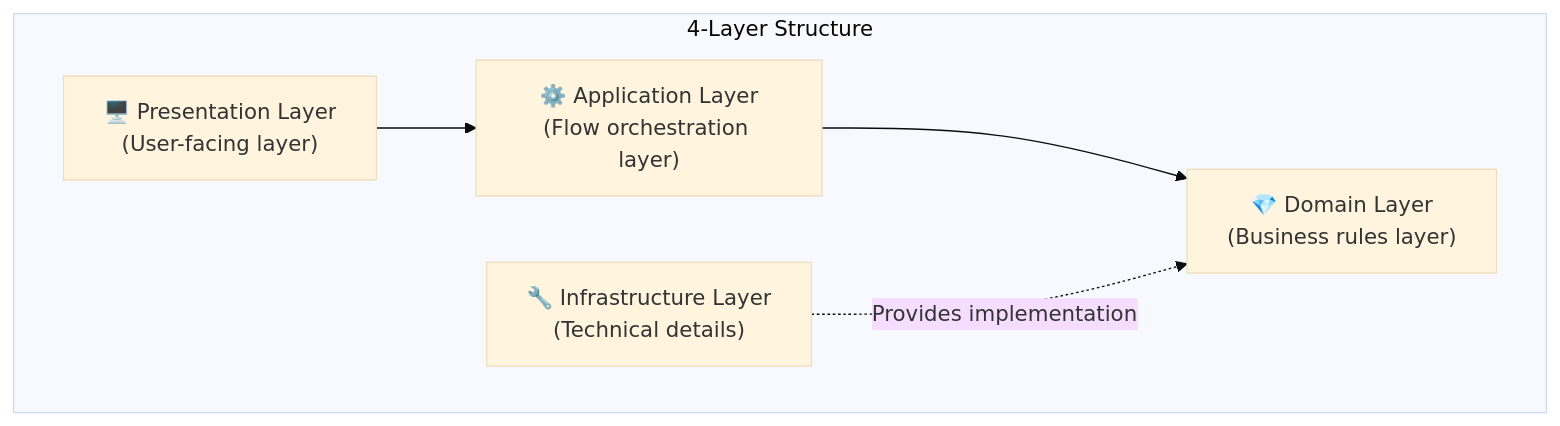
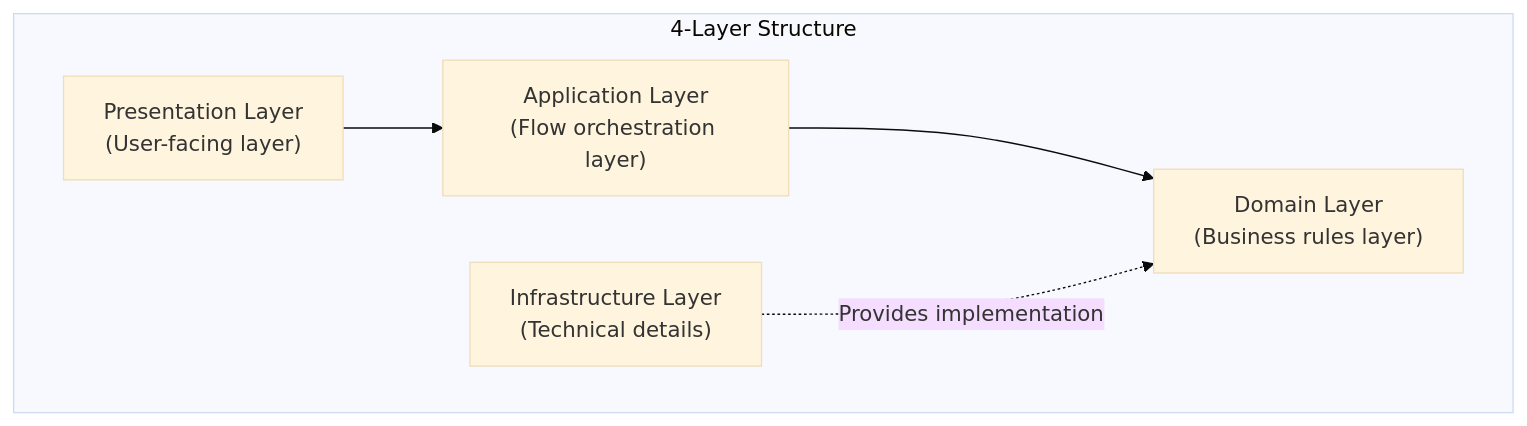
The first of 5 diagrams in content/en/docs/ddd/concepts/layered-architecture.md (advanced-beginner/advanced-beginner.github.io), drawn with Mermaid (base theme) before and after one commit. The commit also changed other lines of this file and 26 other files, not shown here.

````diff
--- a/content/en/docs/ddd/concepts/layered-architecture.md
+++ b/content/en/docs/ddd/concepts/layered-architecture.md
@@ -15,12 +19,12 @@
 ```mermaid
 flowchart TB
     subgraph Layers["4-Layer Structure"]
-        P["🖥️ Presentation Layer<br>(User-facing layer)"]
-        A["⚙️ Application Layer<br>(Flow orchestration layer)"]
-        D["💎 Domain Layer<br>(Business rules layer)"]
-        I["🔧 Infrastructure Layer<br>(Technical details)"]
+        P["Presentation Layer<br>(User-facing layer)"]
+        A["Application Layer<br>(Flow orchestration layer)"]
+        D["Domain Layer<br>(Business rules layer)"]
+        I["Infrastructure Layer<br>(Technical details)"]
     end
 
     P --> A --> D
     I -.->|"Provides implementation"| D
 ```
````
